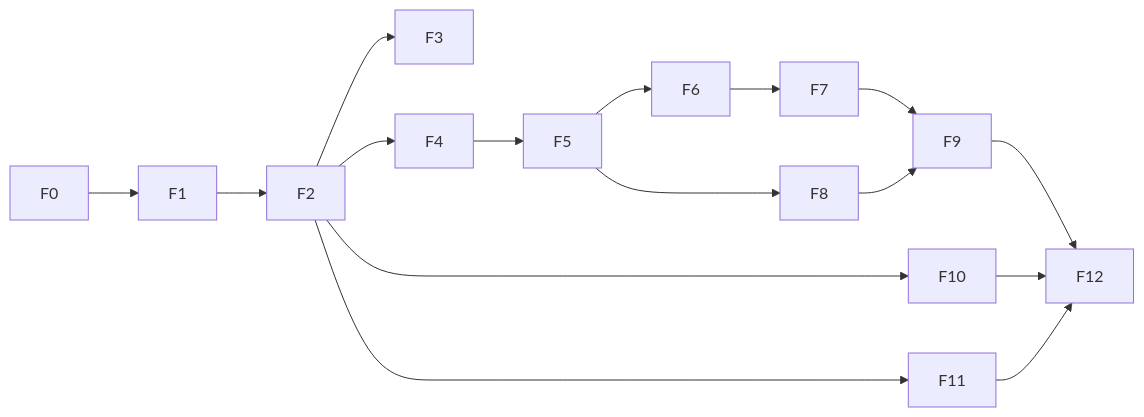
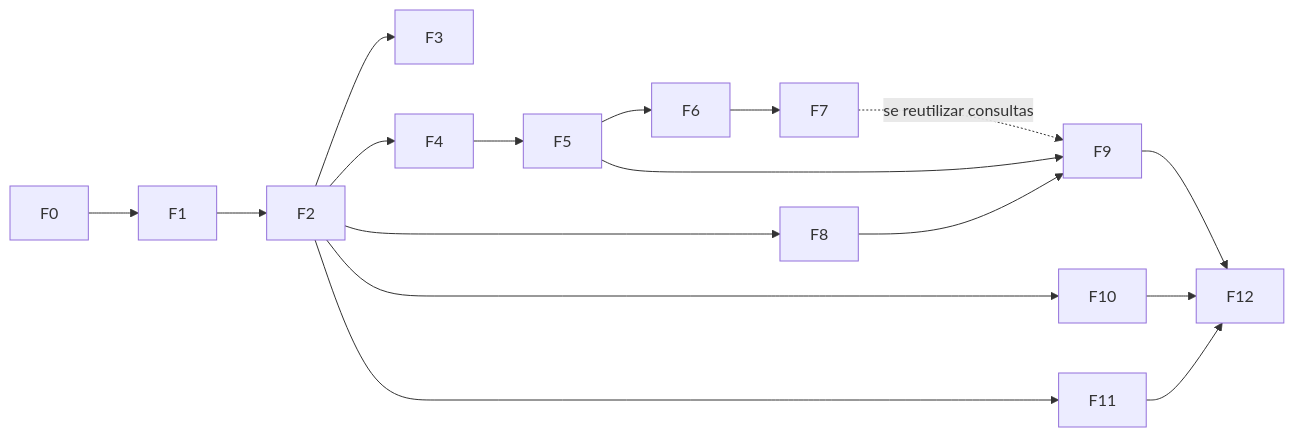
The diagram in .spec/shared/roadmap.md (dowglasmaia/finance-controller-java-angular), drawn with Mermaid before and after one commit. The commit also changed other lines of this file and 198 other files, not shown here.

````diff
--- a/.spec/shared/roadmap.md
+++ b/.spec/shared/roadmap.md
@@ -34,13 +34,14 @@
 ```mermaid
 flowchart LR
     F0 --> F1 --> F2 --> F3
     F2 --> F4 --> F5 --> F6 --> F7
-    F5 --> F8
-    F7 --> F9
+    F2 --> F8
+    F5 --> F9
     F8 --> F9
+    F7 -.->|se reutilizar consultas| F9
     F2 --> F10
     F2 --> F11
     F9 --> F12
     F10 --> F12
     F11 --> F12
 ```
````
